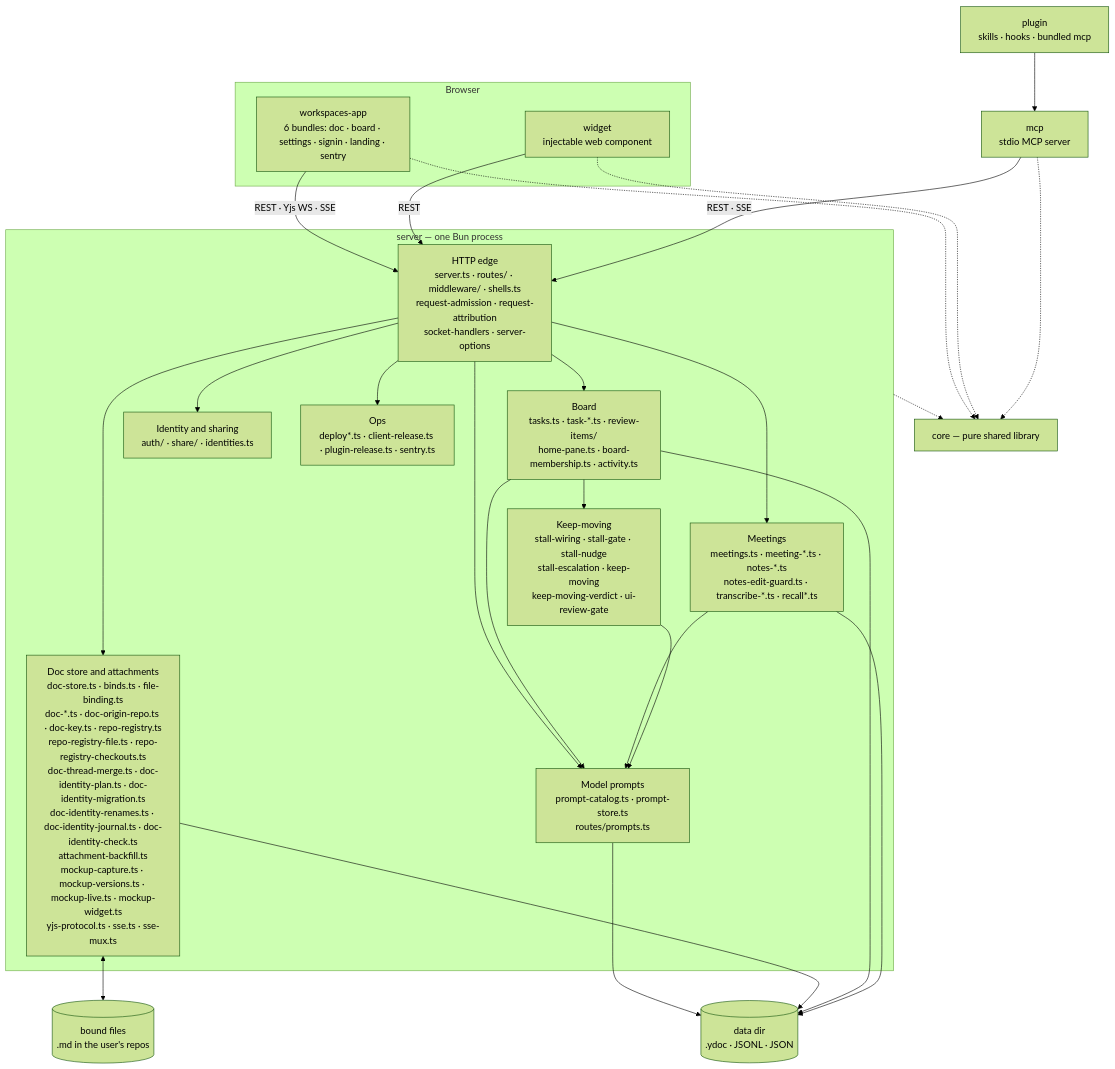
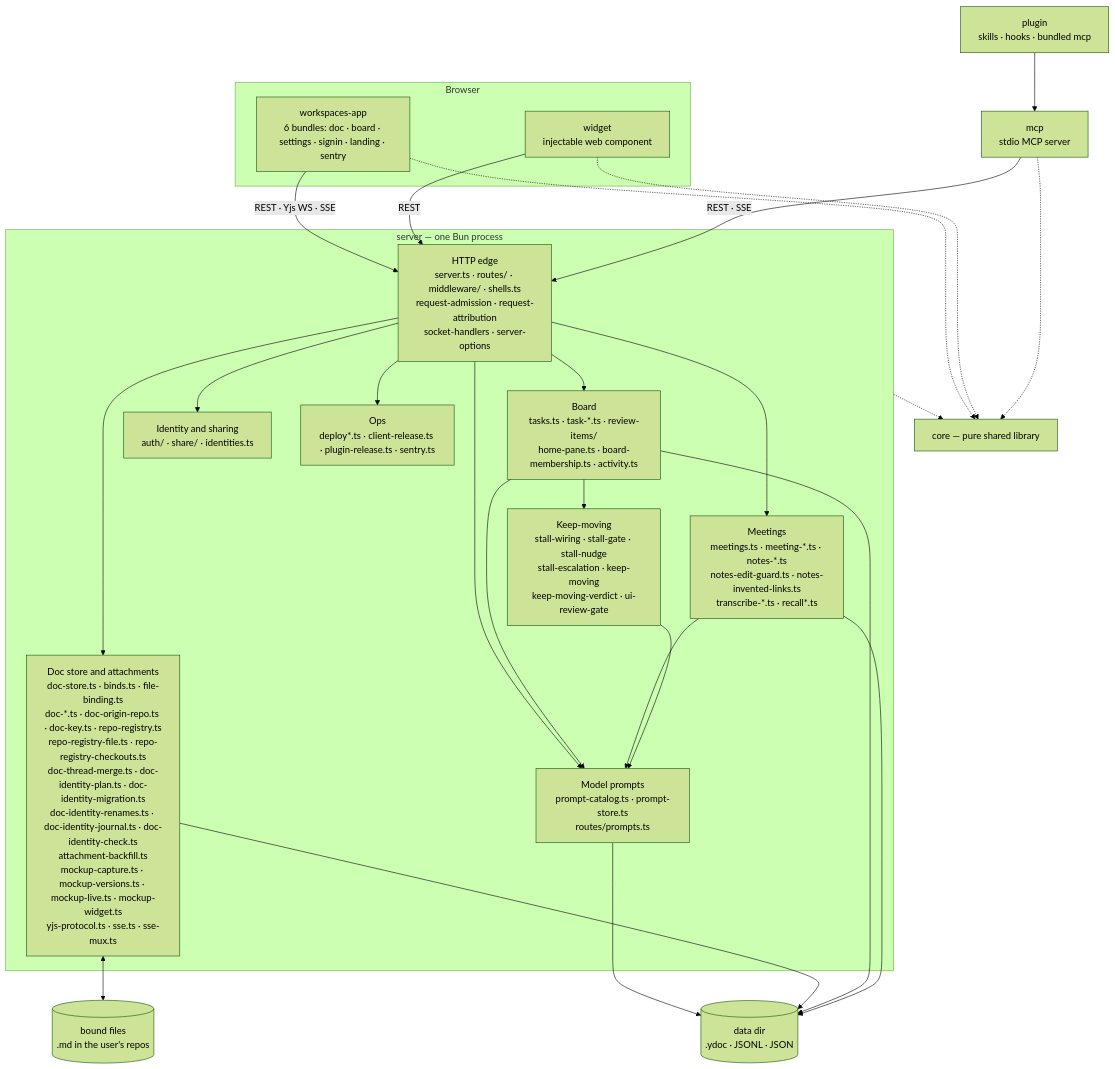
One commit to fryanpan/claude-workspaces-plugin changed the first of 2 diagrams in docs/architecture/overview.md. Above: the diagram before and after it, drawn with Mermaid (forest theme). The commit also changed other lines of this file and 6 other files, not shown here.

````diff
--- a/docs/architecture/overview.md
+++ b/docs/architecture/overview.md
@@ -45,35 +45,35 @@
 ```mermaid
 flowchart TB
   subgraph browser[Browser]
     app["workspaces-app<br/>6 bundles: doc · board · settings · signin · landing · sentry"]
     wid["widget<br/>injectable web component"]
   end
   plug["plugin<br/>skills · hooks · bundled mcp"]
   mcp["mcp<br/>stdio MCP server"]
   subgraph srv["server — one Bun process"]
     edge["HTTP edge<br/>server.ts · routes/ · middleware/ · shells.ts<br/>request-admission · request-attribution<br/>socket-handlers · server-options"]
     docs["Doc store and attachments<br/>doc-store.ts · binds.ts · file-binding.ts<br/>doc-*.ts · doc-origin-repo.ts · doc-key.ts · repo-registry.ts<br/>repo-registry-file.ts · repo-registry-checkouts.ts<br/>doc-thread-merge.ts · doc-identity-plan.ts · doc-identity-migration.ts<br/>doc-identity-renames.ts · doc-identity-journal.ts · doc-identity-check.ts<br/>attachment-backfill.ts<br/>mockup-capture.ts · mockup-versions.ts · mockup-live.ts · mockup-widget.ts<br/>yjs-protocol.ts · sse.ts · sse-mux.ts"]
     board["Board<br/>tasks.ts · task-*.ts · review-items/<br/>home-pane.ts · board-membership.ts · activity.ts"]
-    meet["Meetings<br/>meetings.ts · meeting-*.ts · notes-*.ts<br/>notes-edit-guard.ts · transcribe-*.ts · recall*.ts"]
+    meet["Meetings<br/>meetings.ts · meeting-*.ts · notes-*.ts<br/>notes-edit-guard.ts · notes-invented-links.ts<br/>transcribe-*.ts · recall*.ts"]
     keep["Keep-moving<br/>stall-wiring · stall-gate · stall-nudge<br/>stall-escalation · keep-moving<br/>keep-moving-verdict · ui-review-gate"]
     ident["Identity and sharing<br/>auth/ · share/ · identities.ts"]
     prompts["Model prompts<br/>prompt-catalog.ts · prompt-store.ts<br/>routes/prompts.ts"]
     ops["Ops<br/>deploy*.ts · client-release.ts · plugin-release.ts · sentry.ts"]
   end
   core["core — pure shared library"]
   disk[("data dir<br/>.ydoc · JSONL · JSON")]
   files[("bound files<br/>.md in the user's repos")]
 
   app -->|"REST · Yjs WS · SSE"| edge
   wid -->|REST| edge
   plug --> mcp
   mcp -->|"REST · SSE"| edge
   edge --> docs & board & meet & ident & ops & prompts
   board & meet & keep --> prompts
   prompts --> disk
   board --> keep
   docs <--> files
   docs & board & meet --> disk
   app & wid & mcp -.-> core
   srv -.-> core
 ```
````
